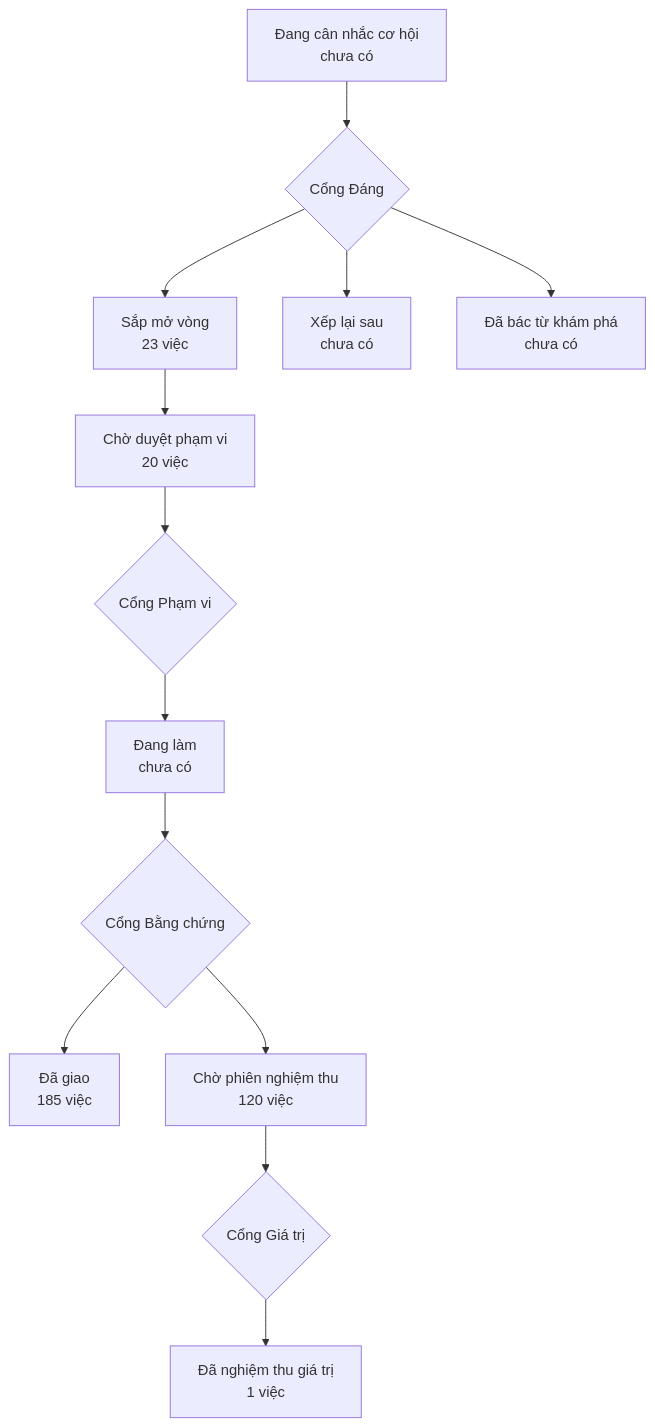
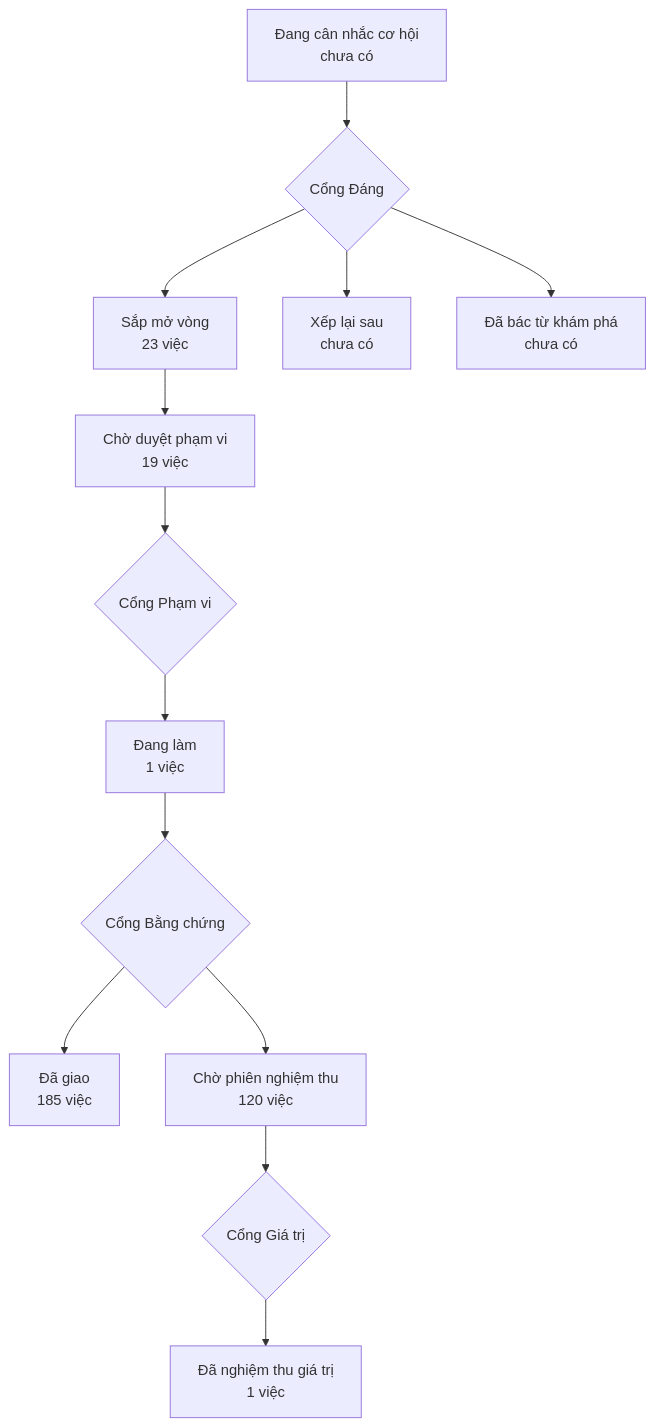
The diagram in PRODUCT-MAP.md (phanlemanh/onehub-invest), drawn with Mermaid before and after one commit. The commit also changed other lines of this file and 2 other files, not shown here.

Commit message:
docs(acceptance): khai-slo-s10-s11 Cổng Phạm vi làn V (cửa veto mở) + đường nền xanh

````diff
--- a/PRODUCT-MAP.md
+++ b/PRODUCT-MAP.md
@@ -7,12 +7,12 @@
 ```mermaid
 flowchart TD
   A["Đang cân nhắc cơ hội<br/>chưa có"] --> GD{"Cổng Đáng"}
   GD --> B["Sắp mở vòng<br/>23 việc"]
   GD --> XL["Xếp lại sau<br/>chưa có"]
   GD --> DB["Đã bác từ khám phá<br/>chưa có"]
-  B --> CD["Chờ duyệt phạm vi<br/>20 việc"] --> GP{"Cổng Phạm vi"}
-  GP --> DL["Đang làm<br/>chưa có"] --> GB{"Cổng Bằng chứng"}
+  B --> CD["Chờ duyệt phạm vi<br/>19 việc"] --> GP{"Cổng Phạm vi"}
+  GP --> DL["Đang làm<br/>1 việc"] --> GB{"Cổng Bằng chứng"}
   GB --> DG["Đã giao<br/>185 việc"]
   GB --> CN["Chờ phiên nghiệm thu<br/>120 việc"] --> GG{"Cổng Giá trị"}
   GG --> NT["Đã nghiệm thu giá trị<br/>1 việc"]
 ```
````
